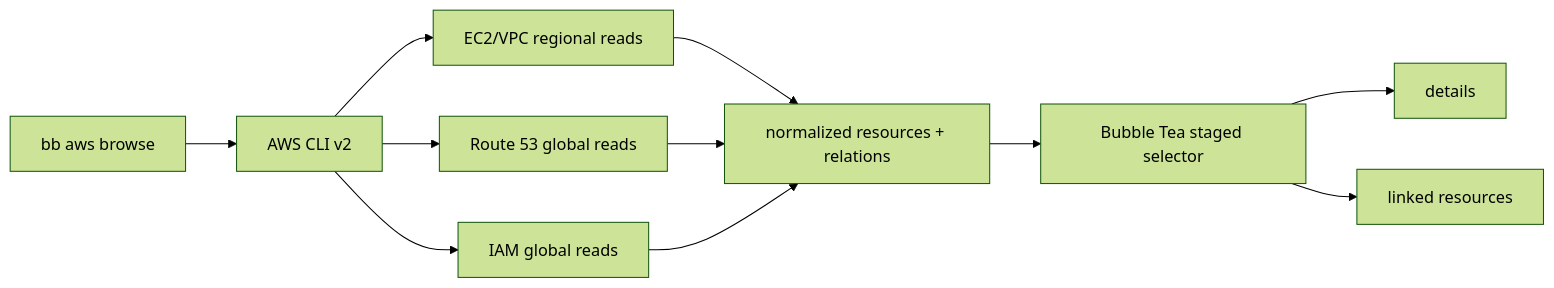
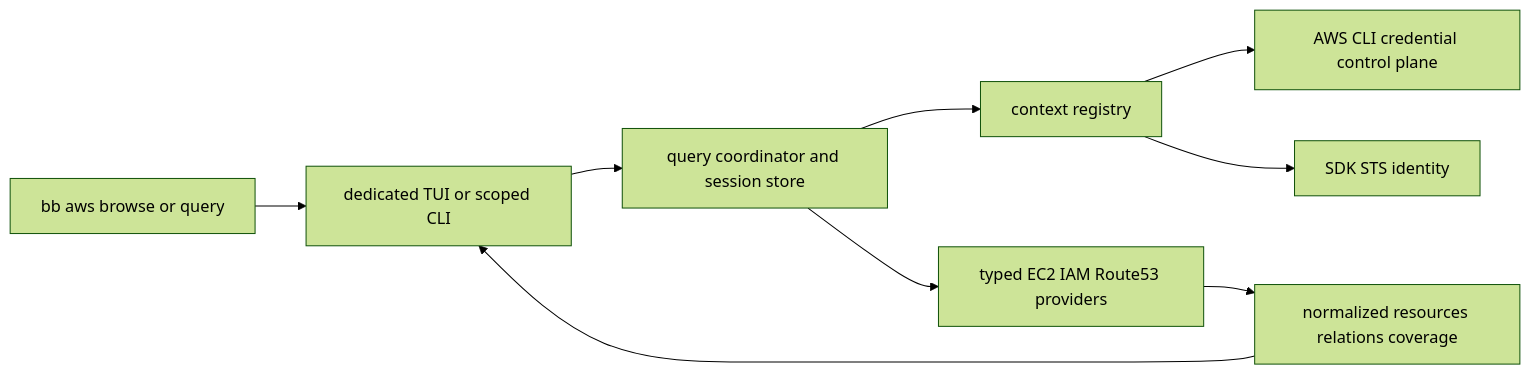
Before and after one commit to jisung9870/binbox-cli: the diagram in docs/design-aws-resource-browser-202608.md, drawn with Mermaid (forest theme). The commit also changed other lines of this file and 17 other files, not shown here.

````diff
--- a/docs/design-aws-resource-browser-202608.md
+++ b/docs/design-aws-resource-browser-202608.md
@@ -47,13 +14,11 @@
 ```mermaid
 flowchart LR
-    U[bb aws browse] --> C[AWS CLI v2]
-    C --> E[EC2/VPC regional reads]
-    C --> R[Route 53 global reads]
-    C --> I[IAM global reads]
-    E --> N[normalized resources + relations]
-    R --> N
-    I --> N
-    N --> T[Bubble Tea staged selector]
-    T --> D[details]
-    T --> L[linked resources]
+    U[bb aws browse or query] --> T[dedicated TUI or scoped CLI]
+    T --> Q[query coordinator and session store]
+    Q --> X[context registry]
+    X --> C[AWS CLI credential control plane]
+    X --> S[SDK STS identity]
+    Q --> P[typed EC2 IAM Route53 providers]
+    P --> M[normalized resources relations coverage]
+    M --> T
 ```
````
